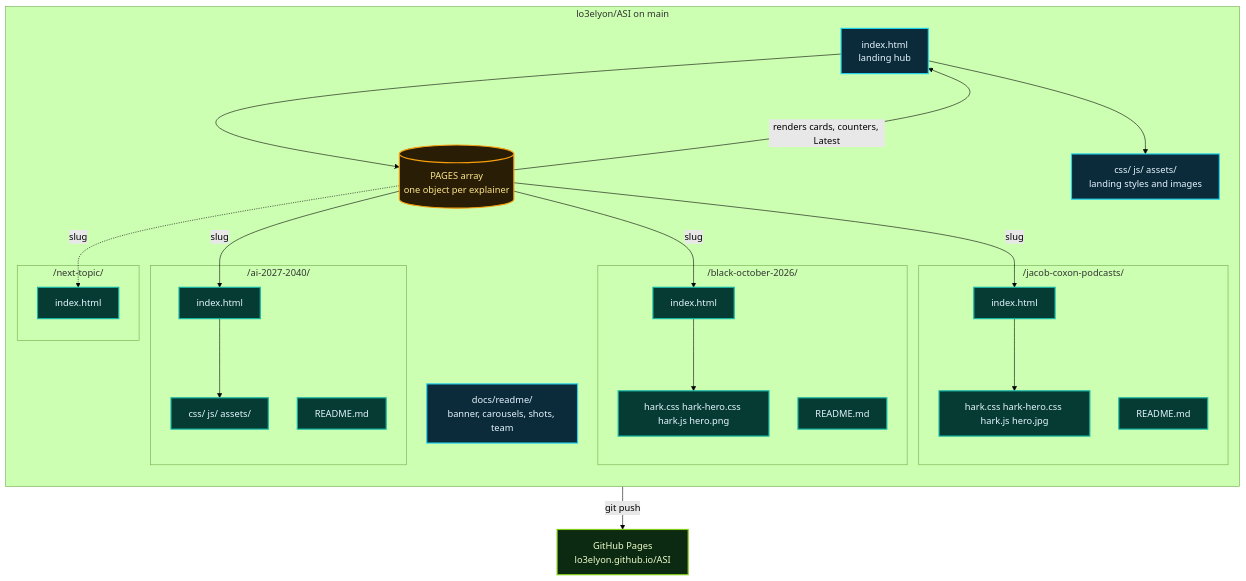
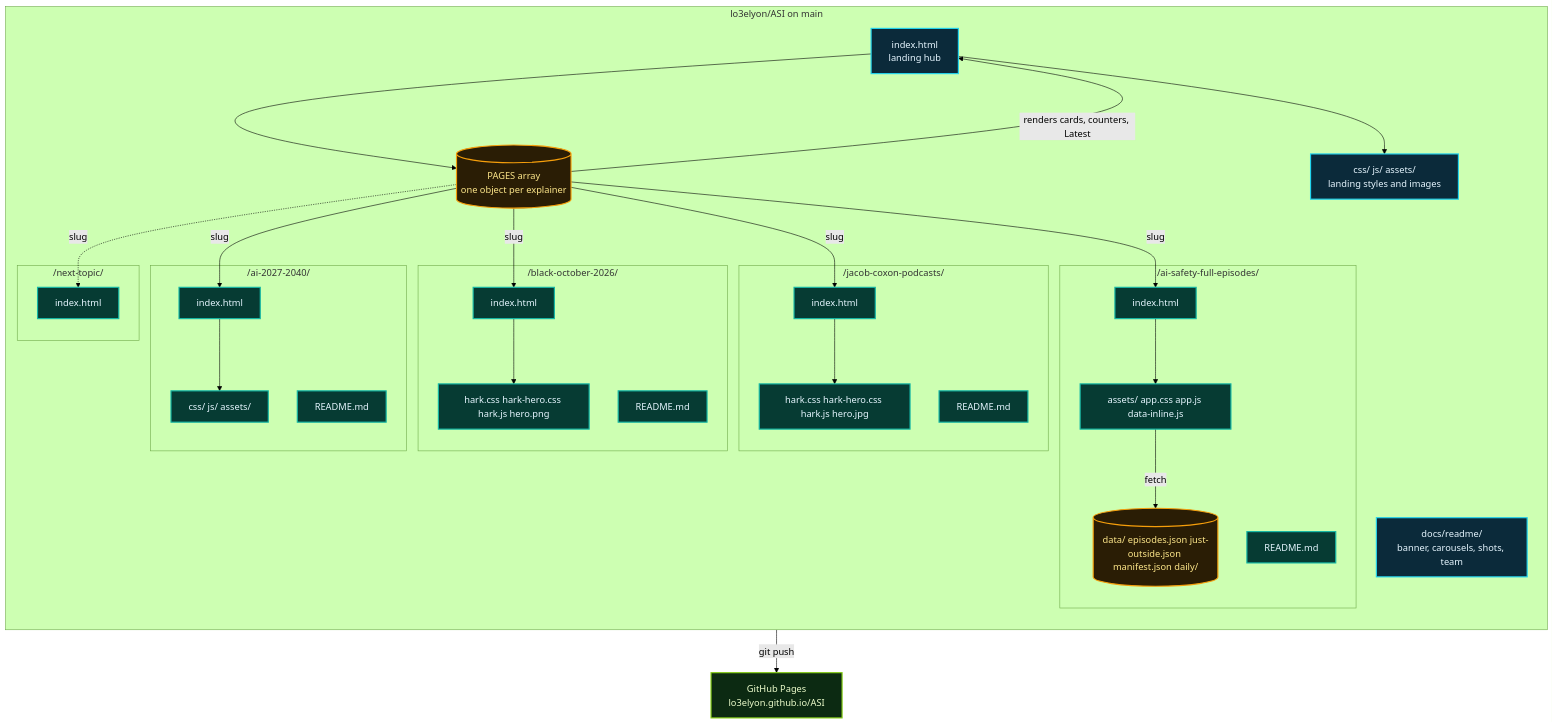
Before and after one commit to lo3elyon/ASI: the tenth of 12 diagrams in README.md, drawn with Mermaid (forest theme). The commit also changed other lines of this file, not shown here.

Commit message:
README: document /ai-safety-full-episodes/ (badges, routes, deep dive, diagrams, videos, FAQ, changelog)

````diff
--- a/README.md
+++ b/README.md
@@ -617,47 +726,57 @@
 ```mermaid
 flowchart TB
     subgraph REPO["lo3elyon/ASI on main"]
         direction TB
         ROOT["index.html<br/>landing hub"]
         PAGES[("PAGES array<br/>one object per explainer")]
         RA["css/ js/ assets/<br/>landing styles and images"]
         subgraph R1["/ai-2027-2040/"]
             I1["index.html"]
             A1["css/ js/ assets/"]
             RM1["README.md"]
         end
         subgraph R2["/black-october-2026/"]
             I2["index.html"]
             A2["hark.css hark-hero.css hark.js hero.png"]
             RM2["README.md"]
         end
         subgraph R3["/jacob-coxon-podcasts/"]
             I3["index.html"]
             A3["hark.css hark-hero.css hark.js hero.jpg"]
             RM3["README.md"]
         end
+        subgraph R4["/ai-safety-full-episodes/"]
+            I4["index.html"]
+            A4["assets/ app.css app.js data-inline.js"]
+            D4[("data/ episodes.json just-outside.json manifest.json daily/")]
+            RM4["README.md"]
+        end
         subgraph RN["/next-topic/"]
             IN["index.html"]
         end
         DOCS["docs/readme/<br/>banner, carousels, shots, team"]
     end
     ROOT --> PAGES
     PAGES -->|"renders cards, counters, Latest"| ROOT
     ROOT --> RA
     PAGES -->|"slug"| I1
     PAGES -->|"slug"| I2
     I2 --> A2
     PAGES -->|"slug"| I3
     I3 --> A3
+    PAGES -->|"slug"| I4
+    I4 --> A4
+    A4 -->|"fetch"| D4
     PAGES -.->|"slug"| IN
     I1 --> A1
     REPO -->|"git push"| GH["GitHub Pages<br/>lo3elyon.github.io/ASI"]
     classDef hub fill:#0b2a3a,stroke:#22d3ee,stroke-width:2px,color:#e6f6ff
     classDef data fill:#2a1d05,stroke:#f59e0b,stroke-width:2px,color:#fde68a
     classDef page fill:#063b33,stroke:#14b8a6,stroke-width:2px,color:#e6f6ff
     classDef deploy fill:#0c2a12,stroke:#84cc16,stroke-width:2px,color:#ecfccb
     class ROOT,RA,DOCS hub
     class PAGES data
-    class I1,A1,RM1,I2,A2,RM2,I3,A3,RM3,IN page
+    class I1,A1,RM1,I2,A2,RM2,I3,A3,RM3,I4,A4,RM4,IN page
+    class D4 data
     class GH deploy
 ```
````
